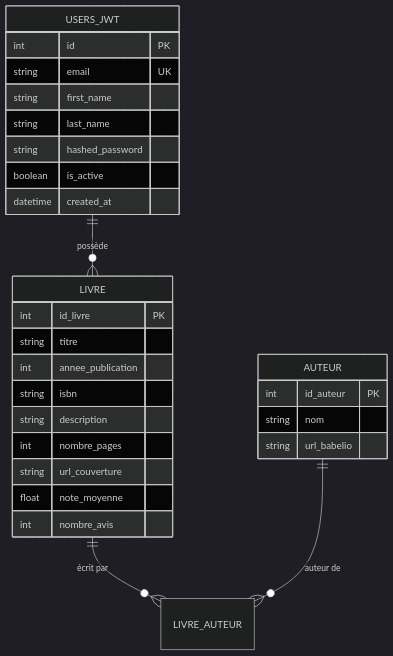
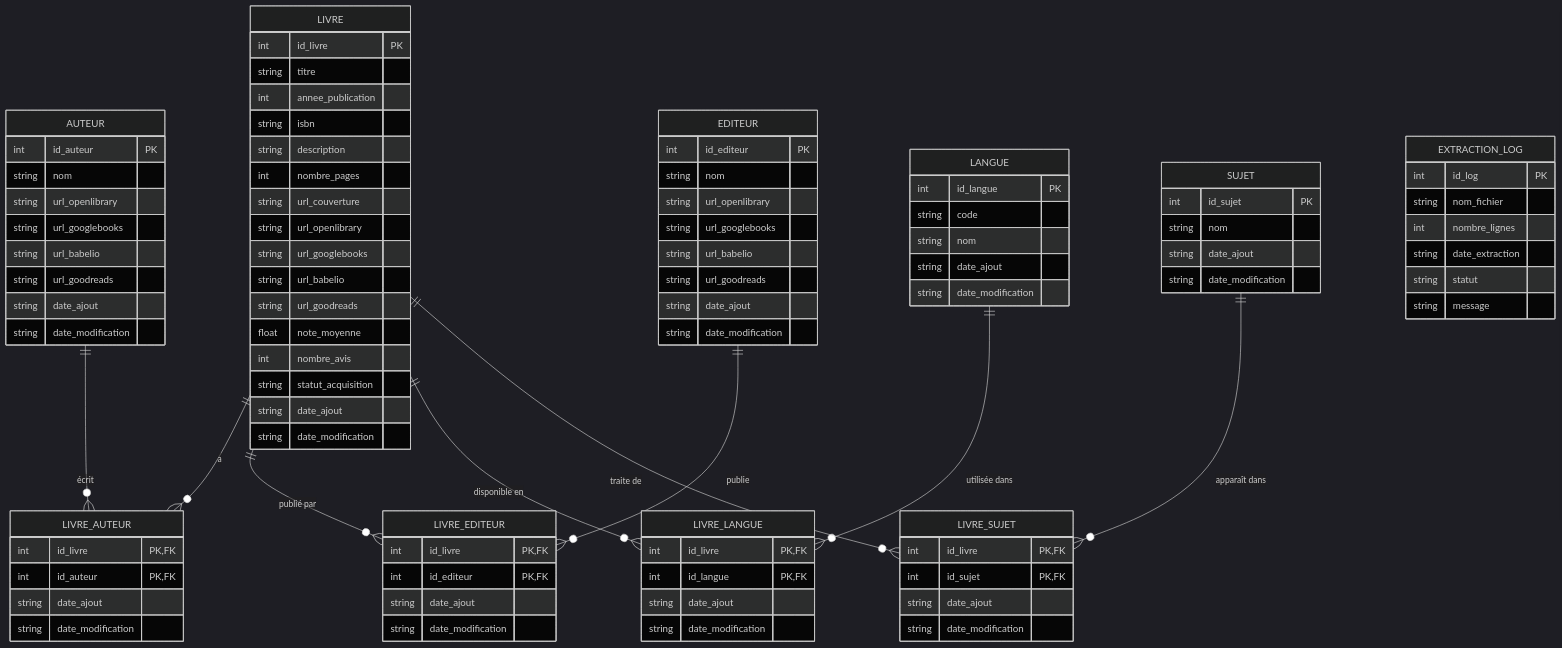
Before and after one commit to dydou375/databook: the diagram in README_COMPLET.md, drawn with Mermaid (dark theme). The commit also changed other lines of this file and 1 other file, not shown here.

````diff
--- a/README_COMPLET.md
+++ b/README_COMPLET.md
@@ -40,25 +42,88 @@
         string description
         int nombre_pages
         string url_couverture
+        string url_openlibrary
+        string url_googlebooks
+        string url_babelio
+        string url_goodreads
         float note_moyenne
         int nombre_avis
+        string statut_acquisition
+        string date_ajout
+        string date_modification
     }
     AUTEUR {
         int id_auteur PK
         string nom
+        string url_openlibrary
+        string url_googlebooks
         string url_babelio
+        string url_goodreads
+        string date_ajout
+        string date_modification
     }
-    USERS_JWT {
-        int id PK
-        string email UK
-        string first_name
-        string last_name
-        string hashed_password
-        boolean is_active
-        datetime created_at
+    EDITEUR {
+        int id_editeur PK
+        string nom
+        string url_openlibrary
+        string url_googlebooks
+        string url_babelio
+        string url_goodreads
+        string date_ajout
+        string date_modification
     }
-    
-    LIVRE ||--o{ LIVRE_AUTEUR : "écrit par"
-    AUTEUR ||--o{ LIVRE_AUTEUR : "auteur de"
-    USERS_JWT ||--o{ LIVRE : "possède"
+    LANGUE {
+        int id_langue PK
+        string code
+        string nom
+        string date_ajout
+        string date_modification
+    }
+    SUJET {
+        int id_sujet PK
+        string nom
+        string date_ajout
+        string date_modification
+    }
+    LIVRE_AUTEUR {
+        int id_livre PK,FK
+        int id_auteur PK,FK
+        string date_ajout
+        string date_modification
+    }
+    LIVRE_EDITEUR {
+        int id_livre PK,FK
+        int id_editeur PK,FK
+        string date_ajout
+        string date_modification
+    }
+    LIVRE_LANGUE {
+        int id_livre PK,FK
+        int id_langue PK,FK
+        string date_ajout
+        string date_modification
+    }
+    LIVRE_SUJET {
+        int id_livre PK,FK
+        int id_sujet PK,FK
+        string date_ajout
+        string date_modification
+    }
+    EXTRACTION_LOG {
+        int id_log PK
+        string nom_fichier
+        int nombre_lignes
+        string date_extraction
+        string statut
+        string message
+    }
+
+    LIVRE ||--o{ LIVRE_AUTEUR : "a"
+    AUTEUR ||--o{ LIVRE_AUTEUR : "écrit"
+    LIVRE ||--o{ LIVRE_EDITEUR : "publié par"
+    EDITEUR ||--o{ LIVRE_EDITEUR : "publie"
+    LIVRE ||--o{ LIVRE_LANGUE : "disponible en"
+    LANGUE ||--o{ LIVRE_LANGUE : "utilisée dans"
+    LIVRE ||--o{ LIVRE_SUJET : "traite de"
+    SUJET ||--o{ LIVRE_SUJET : "apparaît dans"
 ```
````
